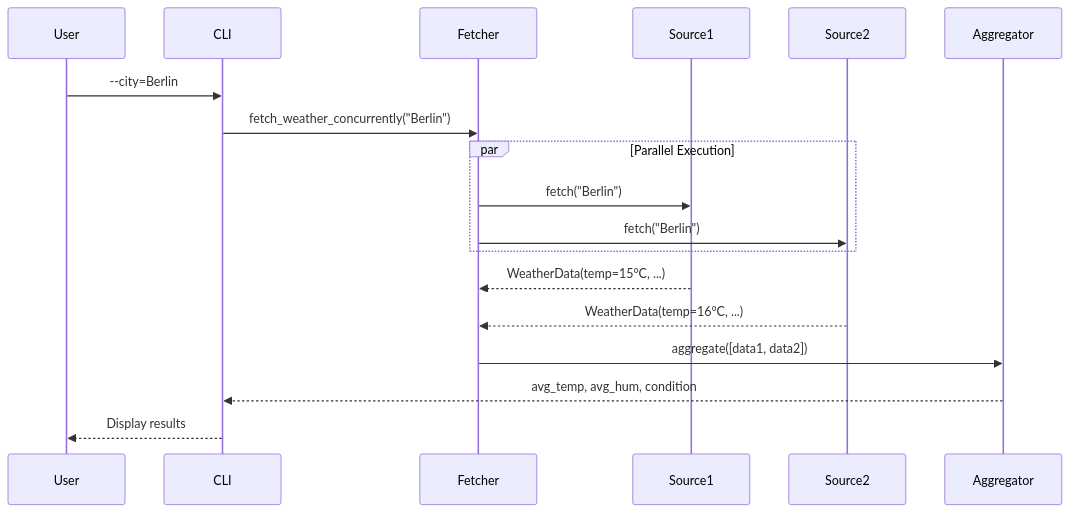
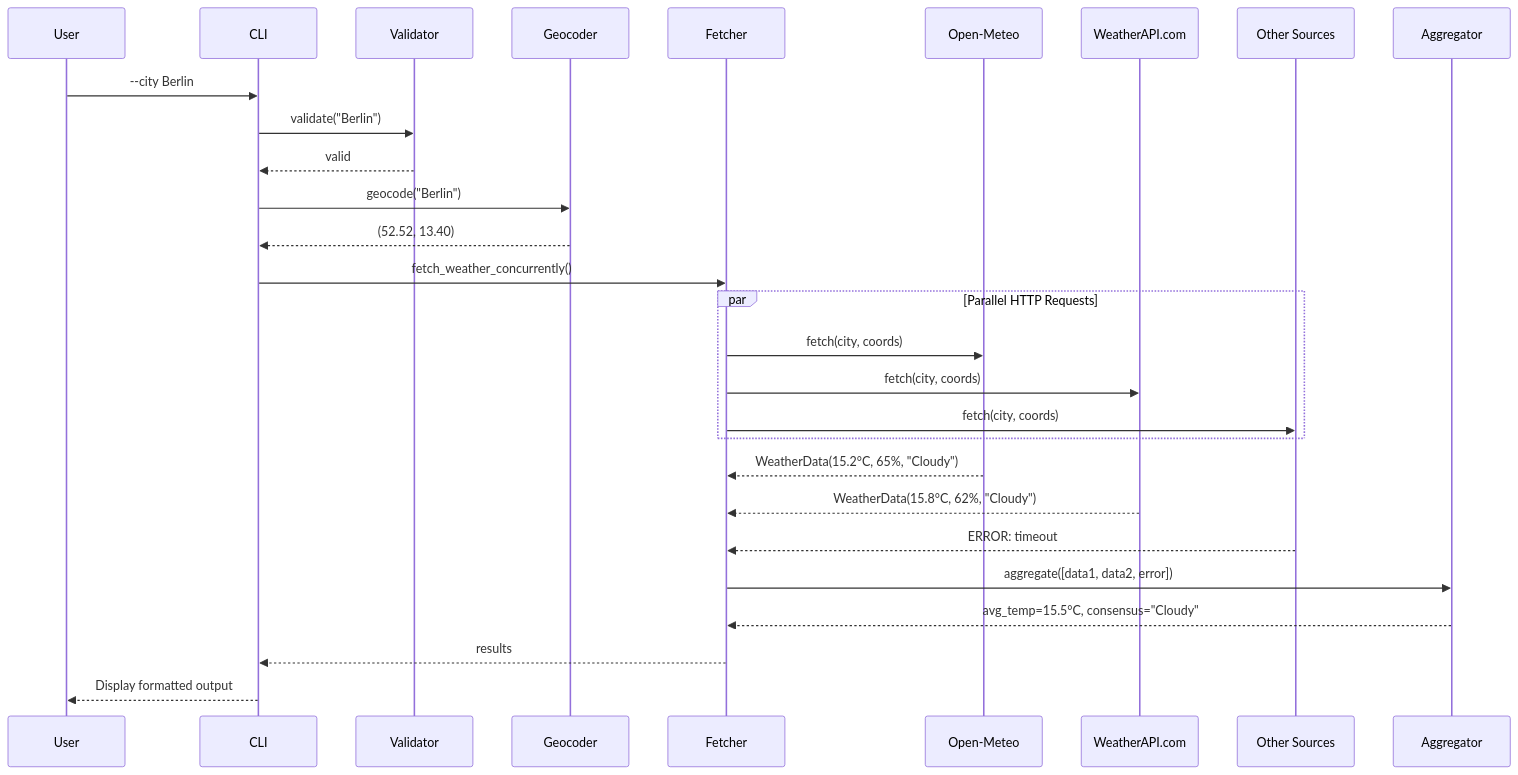
The second of 4 diagrams in README.md (dustin2023/concepts-of-programming-languages-compared-with-go), drawn with Mermaid before and after one commit. The commit also changed other lines of this file and 4 other files, not shown here.

Commit message:
refactor: implement source exclusion filtering and enhance weather fetching logic in Go and Python

````diff
--- a/README.md
+++ b/README.md
@@ -96,24 +122,37 @@
 ```mermaid
 sequenceDiagram
     participant User
     participant CLI
+    participant Validator
+    participant Geocoder
     participant Fetcher
-    participant Source1
-    participant Source2
+    participant Source1 as Open-Meteo
+    participant Source2 as WeatherAPI.com
+    participant Source3 as Other Sources
     participant Aggregator
     
-    User->>CLI: --city=Berlin
-    CLI->>Fetcher: fetch_weather_concurrently("Berlin")
+    User->>CLI: --city Berlin
+    CLI->>Validator: validate("Berlin")
+    Validator-->>CLI: valid
     
-    par Parallel Execution
-        Fetcher->>Source1: fetch("Berlin")
-        Fetcher->>Source2: fetch("Berlin")
+    CLI->>Geocoder: geocode("Berlin")
+    Geocoder-->>CLI: (52.52, 13.40)
+    
+    CLI->>Fetcher: fetch_weather_concurrently()
+    
+    par Parallel HTTP Requests
+        Fetcher->>Source1: fetch(city, coords)
+        Fetcher->>Source2: fetch(city, coords)
+        Fetcher->>Source3: fetch(city, coords)
     end
     
-    Source1-->>Fetcher: WeatherData(temp=15°C, ...)
-    Source2-->>Fetcher: WeatherData(temp=16°C, ...)
+    Source1-->>Fetcher: WeatherData(15.2°C, 65%, "Cloudy")
+    Source2-->>Fetcher: WeatherData(15.8°C, 62%, "Cloudy")
+    Source3-->>Fetcher: ERROR: timeout
     
-    Fetcher->>Aggregator: aggregate([data1, data2])
-    Aggregator-->>CLI: avg_temp, avg_hum, condition
-    CLI-->>User: Display results
+    Fetcher->>Aggregator: aggregate([data1, data2, error])
+    Aggregator-->>Fetcher: avg_temp=15.5°C, consensus="Cloudy"
+    
+    Fetcher-->>CLI: results
+    CLI-->>User: Display formatted output
 ```
````
